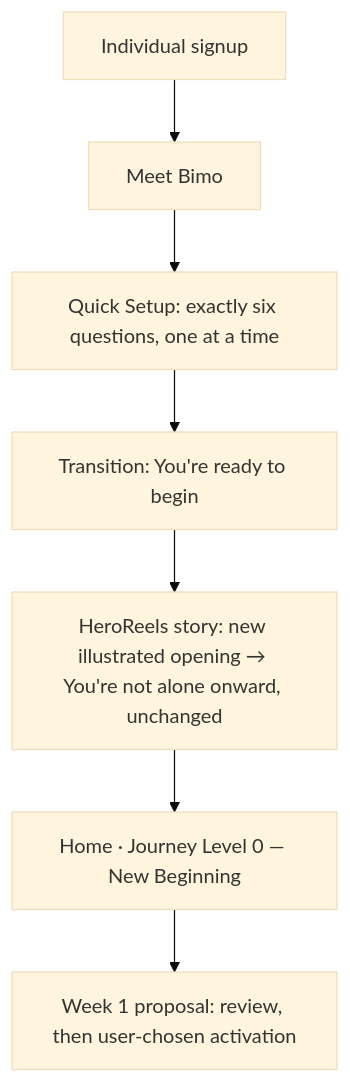
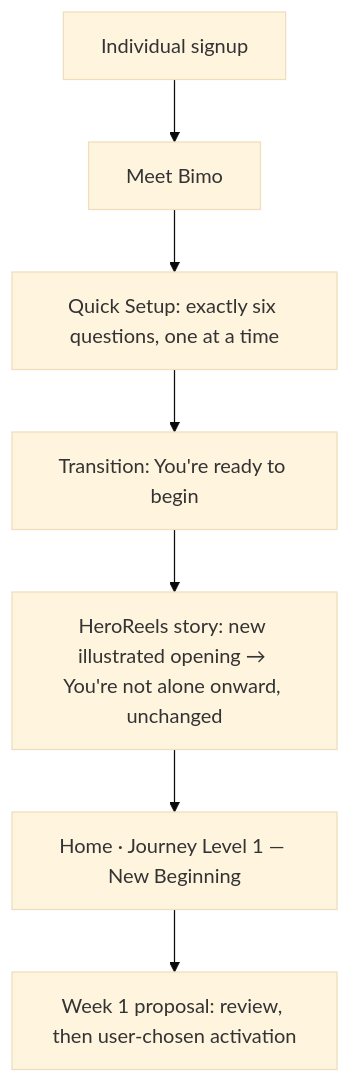
Before and after one commit to ahmadfa100/DeepSprout: the diagram in DeepSprout.md, drawn with Mermaid (base theme). The commit also changed other lines of this file and 380 other files, not shown here.

````diff
--- a/DeepSprout.md
+++ b/DeepSprout.md
@@ -201,9 +201,9 @@
 ```mermaid
 flowchart TD
   A[Individual signup] --> B[Meet Bimo]
   B --> C[Quick Setup: exactly six questions, one at a time]
   C --> D[Transition: You're ready to begin]
   D --> E[HeroReels story: new illustrated opening → You're not alone onward, unchanged]
-  E --> F[Home · Journey Level 0 — New Beginning]
+  E --> F[Home · Journey Level 1 — New Beginning]
   F --> G[Week 1 proposal: review, then user-chosen activation]
 ```
````
